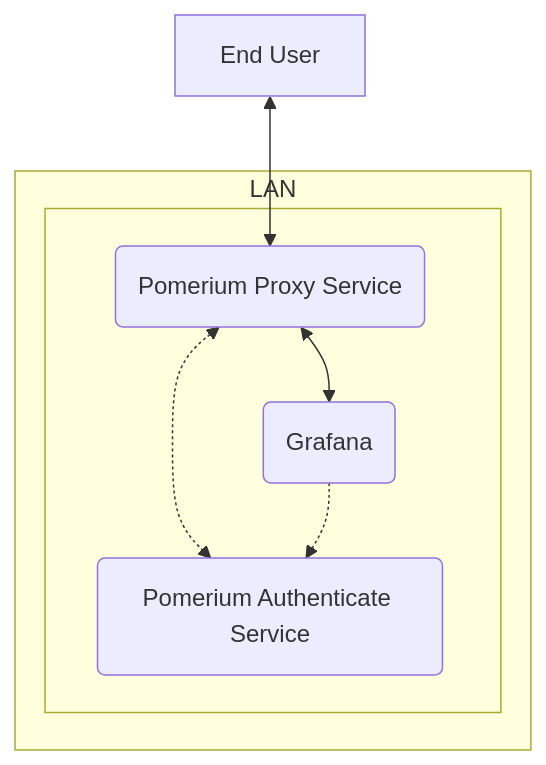
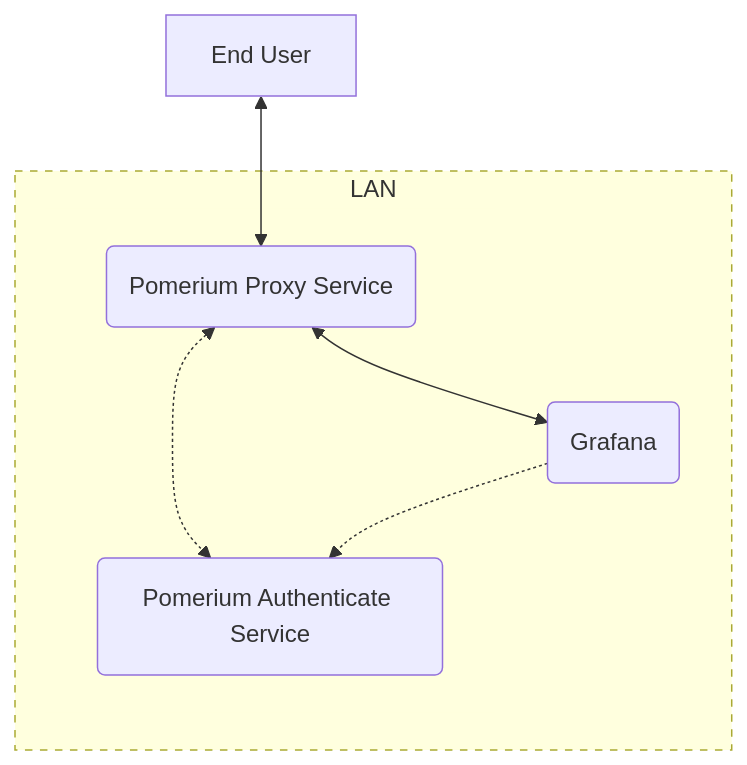
One commit to pomerium/pomerium changed the third of 9 diagrams in docs/docs/topics/mutual-auth.md. Above: the diagram before and after it, drawn with Mermaid. The commit also changed other lines of this file and 5 other files, not shown here.

Commit message:
Add mTLS and update some charts

````diff
--- a/docs/docs/topics/mutual-auth.md
+++ b/docs/docs/topics/mutual-auth.md
@@ -65,17 +68,17 @@
 ```mermaid
 flowchart TD
     D[End User]
     D<-->A
     subgraph LAN
-        subgraph &nbsp;
+    style LAN stroke-dasharray: 5 5
+        subgraph Pomerium [ ];
+        style Pomerium stroke-width: 0
             A(Pomerium Proxy Service)
             B(Pomerium Authenticate Service)
         end
-        subgraph &nbsp;
             C(Grafana)
-        end
     end
     A <-.-> B
     A <--> C
     C -.-> B
 ```
````
